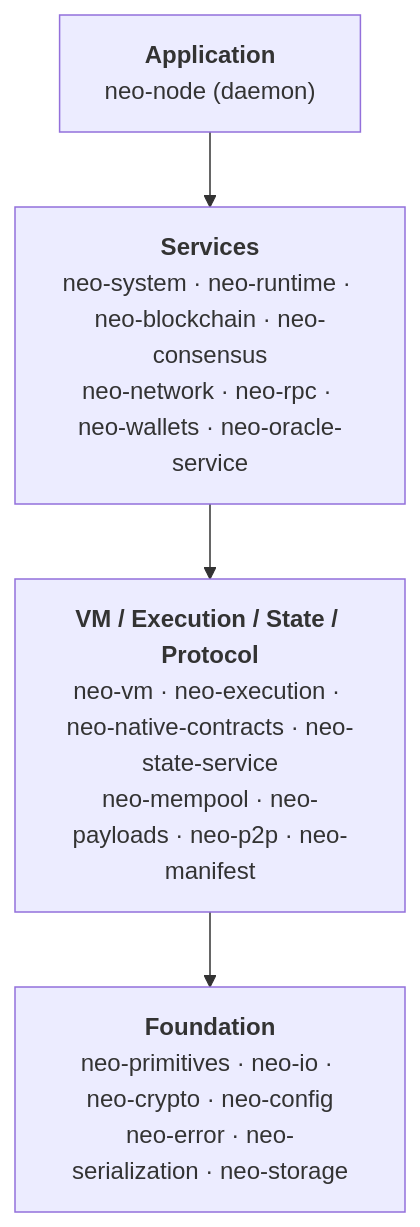
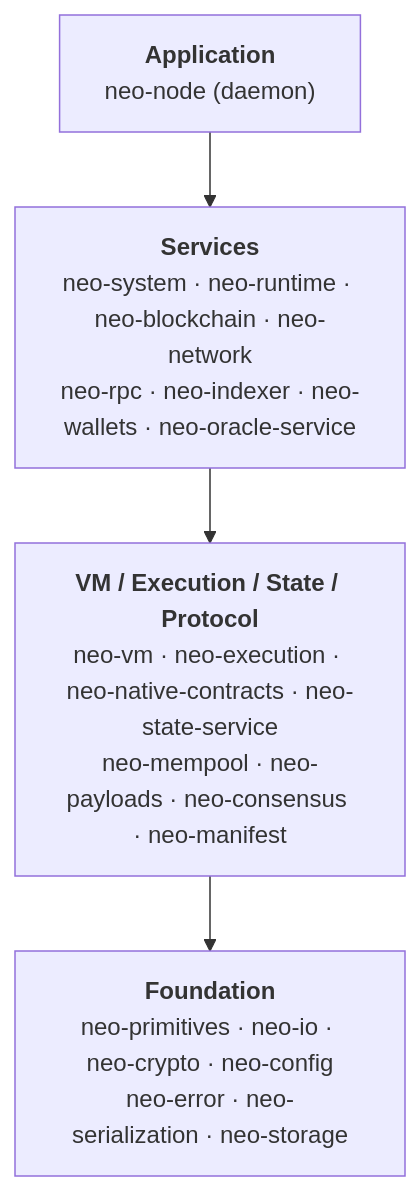
The diagram in README.md (r3e-network/neo-rs), drawn with Mermaid before and after one commit. The commit also changed other lines of this file and 19 other files, not shown here.

````diff
--- a/README.md
+++ b/README.md
@@ -53,8 +53,8 @@
 ```mermaid
 flowchart TD
     APP["<b>Application</b><br/>neo-node (daemon)"]
-    SVC["<b>Services</b><br/>neo-system · neo-runtime · neo-blockchain · neo-consensus<br/>neo-network · neo-rpc · neo-wallets · neo-oracle-service"]
-    MID["<b>VM / Execution / State / Protocol</b><br/>neo-vm · neo-execution · neo-native-contracts · neo-state-service<br/>neo-mempool · neo-payloads · neo-p2p · neo-manifest"]
+    SVC["<b>Services</b><br/>neo-system · neo-runtime · neo-blockchain · neo-network<br/>neo-rpc · neo-indexer · neo-wallets · neo-oracle-service"]
+    MID["<b>VM / Execution / State / Protocol</b><br/>neo-vm · neo-execution · neo-native-contracts · neo-state-service<br/>neo-mempool · neo-payloads · neo-consensus · neo-manifest"]
     FND["<b>Foundation</b><br/>neo-primitives · neo-io · neo-crypto · neo-config<br/>neo-error · neo-serialization · neo-storage"]
     APP --> SVC --> MID --> FND
 ```
````
